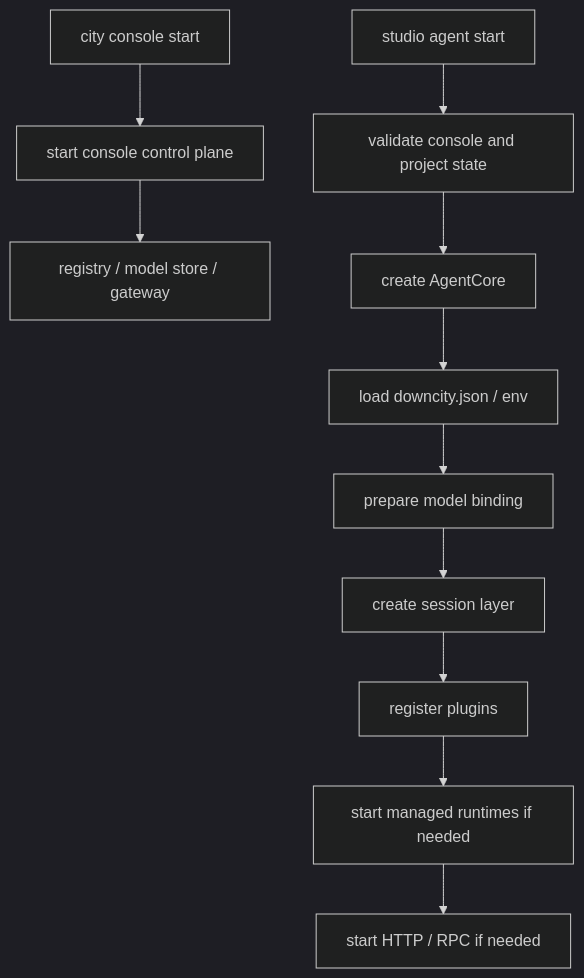
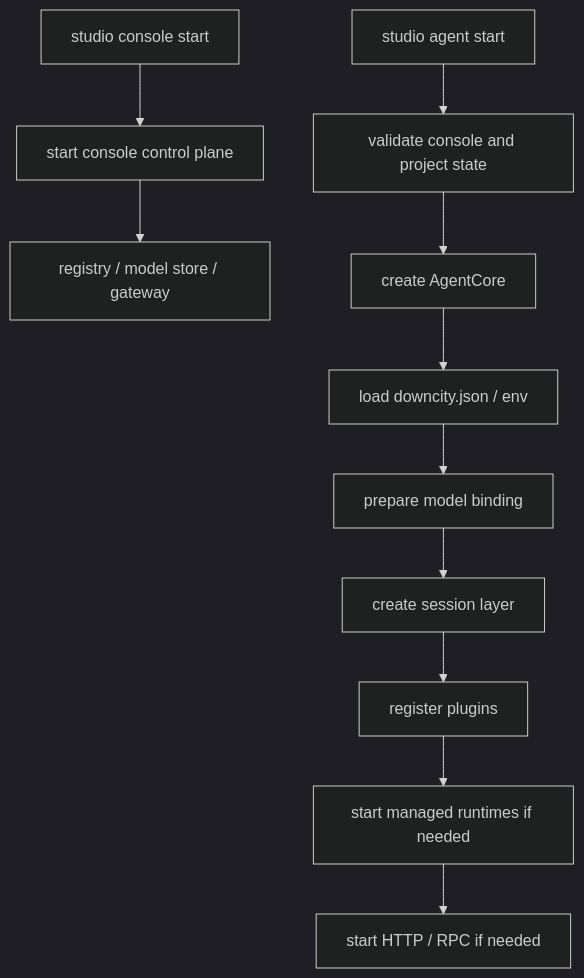
The second of 3 diagrams in homepage/content/devdocs/en/architecture/system-logic.mdx (wangenius/downcity), drawn with Mermaid (dark theme) before and after one commit. The commit also changed other lines of this file and 62 other files, not shown here.

````diff
--- a/homepage/content/devdocs/en/architecture/system-logic.mdx
+++ b/homepage/content/devdocs/en/architecture/system-logic.mdx
@@ -132,14 +132,14 @@
 ```mermaid
 flowchart TD
-  A["city console start"] --> B["start console control plane"]
+  A["studio console start"] --> B["start console control plane"]
   B --> C["registry / model store / gateway"]
 
   D["studio agent start"] --> E["validate console and project state"]
   E --> F["create AgentCore"]
   F --> G["load downcity.json / env"]
   G --> H["prepare model binding"]
   H --> I["create session layer"]
   I --> J["register plugins"]
   J --> K["start managed runtimes if needed"]
   K --> L["start HTTP / RPC if needed"]
 ```
````
